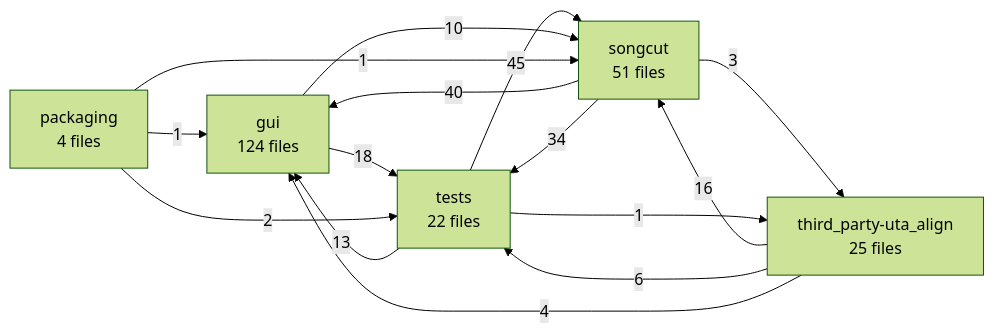
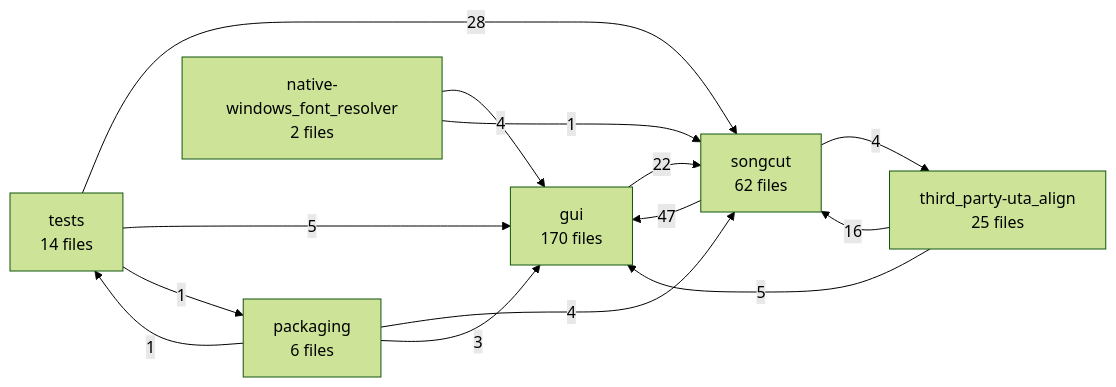
One commit to mokusatsu/songcut changed the diagram in docs/code-map/architecture.md. Above: the diagram before and after it, drawn with Mermaid (forest theme). The commit also changed other lines of this file and 12 other files, not shown here.

Commit message:
docs(code-map): refresh editor workflow architecture

````diff
--- a/docs/code-map/architecture.md
+++ b/docs/code-map/architecture.md
@@ -18,22 +19,22 @@
 ```mermaid
 flowchart LR
-  gui["gui\n124 files"]
-  songcut["songcut\n51 files"]
+  gui["gui\n170 files"]
+  songcut["songcut\n62 files"]
   third_party_uta_align["third_party-uta_align\n25 files"]
-  tests["tests\n22 files"]
-  packaging["packaging\n4 files"]
-  tests -->|45| songcut
-  songcut -->|40| gui
-  songcut -->|34| tests
-  gui -->|18| tests
+  tests["tests\n14 files"]
+  packaging["packaging\n6 files"]
+  native_windows_font_resolver["native-windows_font_resolver\n2 files"]
+  songcut -->|47| gui
+  tests -->|28| songcut
+  gui -->|22| songcut
   third_party_uta_align -->|16| songcut
-  tests -->|13| gui
-  gui -->|10| songcut
-  third_party_uta_align -->|6| tests
-  third_party_uta_align -->|4| gui
-  songcut -->|3| third_party_uta_align
-  packaging -->|2| tests
-  packaging -->|1| gui
-  packaging -->|1| songcut
-  tests -->|1| third_party_uta_align
+  tests -->|5| gui
+  third_party_uta_align -->|5| gui
+  native_windows_font_resolver -->|4| gui
+  packaging -->|4| songcut
+  songcut -->|4| third_party_uta_align
+  packaging -->|3| gui
+  native_windows_font_resolver -->|1| songcut
+  packaging -->|1| tests
+  tests -->|1| packaging
 ```
````
